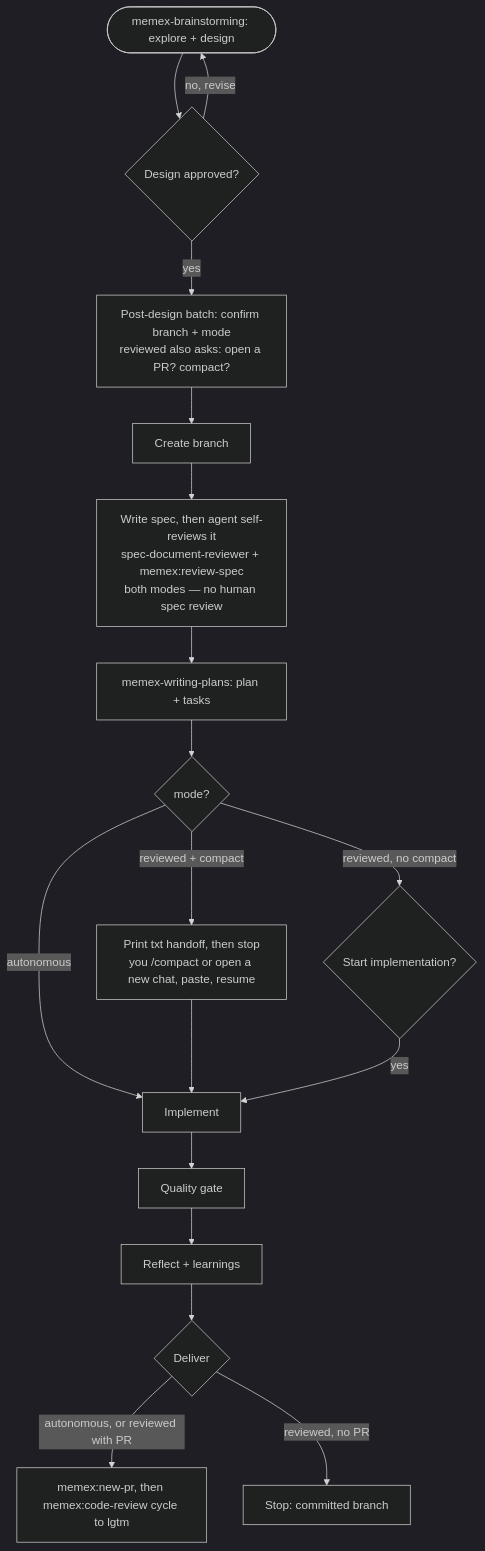
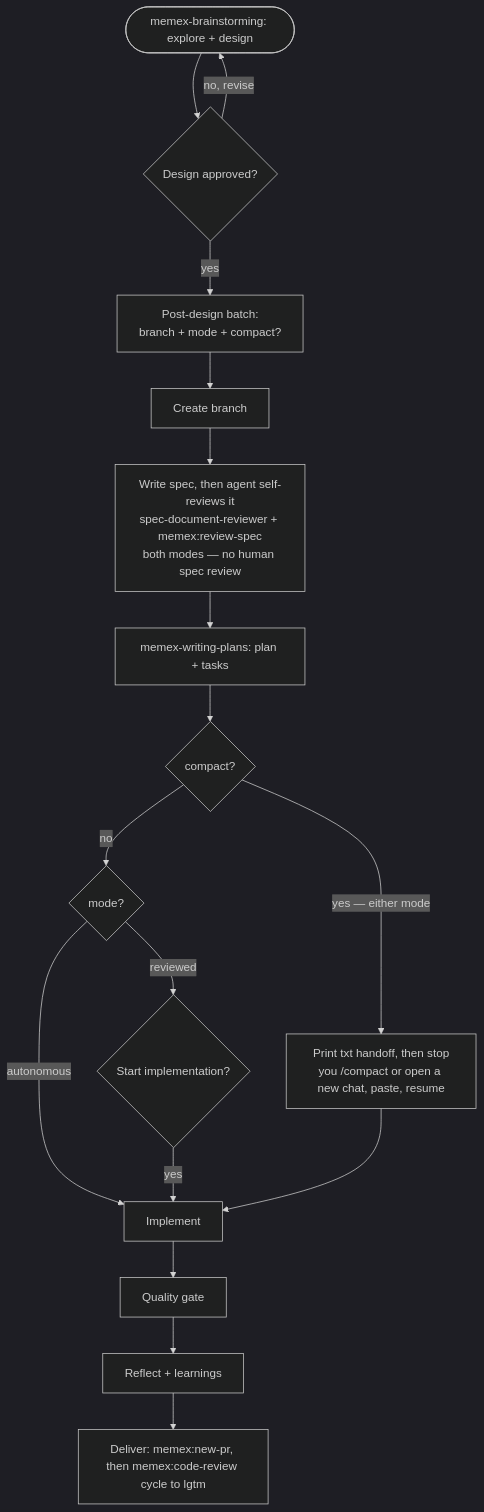
Before and after one commit to ribeirogab/specwright: the diagram in README.md, drawn with Mermaid (dark theme).

Commit message:
docs(readme): update spec-flow diagram — compact for both modes, drop PR question

````diff
--- a/README.md
+++ b/README.md
@@ -35,20 +35,19 @@
 ```mermaid
 flowchart TD
     A([memex-brainstorming: explore + design]) --> B{Design approved?}
     B -- "no, revise" --> A
-    B -- yes --> C["Post-design batch: confirm branch + mode<br/>reviewed also asks: open a PR? compact?"]
+    B -- yes --> C["Post-design batch:<br/>branch + mode + compact?"]
     C --> D[Create branch]
     D --> E["Write spec, then agent self-reviews it<br/>spec-document-reviewer + memex:review-spec<br/>both modes — no human spec review"]
     E --> F[memex-writing-plans: plan + tasks]
-    F --> G{mode?}
-    G -- autonomous --> K[Implement]
-    G -- "reviewed + compact" --> H["Print txt handoff, then stop<br/>you /compact or open a new chat, paste, resume"]
-    G -- "reviewed, no compact" --> I{Start implementation?}
+    F --> G{compact?}
+    G -- "yes — either mode" --> H["Print txt handoff, then stop<br/>you /compact or open a new chat, paste, resume"]
+    G -- no --> I{mode?}
+    I -- autonomous --> K[Implement]
+    I -- reviewed --> J{Start implementation?}
+    J -- yes --> K
     H --> K
-    I -- yes --> K
     K --> L[Quality gate]
     L --> M[Reflect + learnings]
-    M --> N{Deliver}
-    N -- "autonomous, or reviewed with PR" --> O["memex:new-pr, then memex:code-review cycle to lgtm"]
-    N -- "reviewed, no PR" --> P[Stop: committed branch]
+    M --> O["Deliver: memex:new-pr, then memex:code-review cycle to lgtm"]
 ```
````
